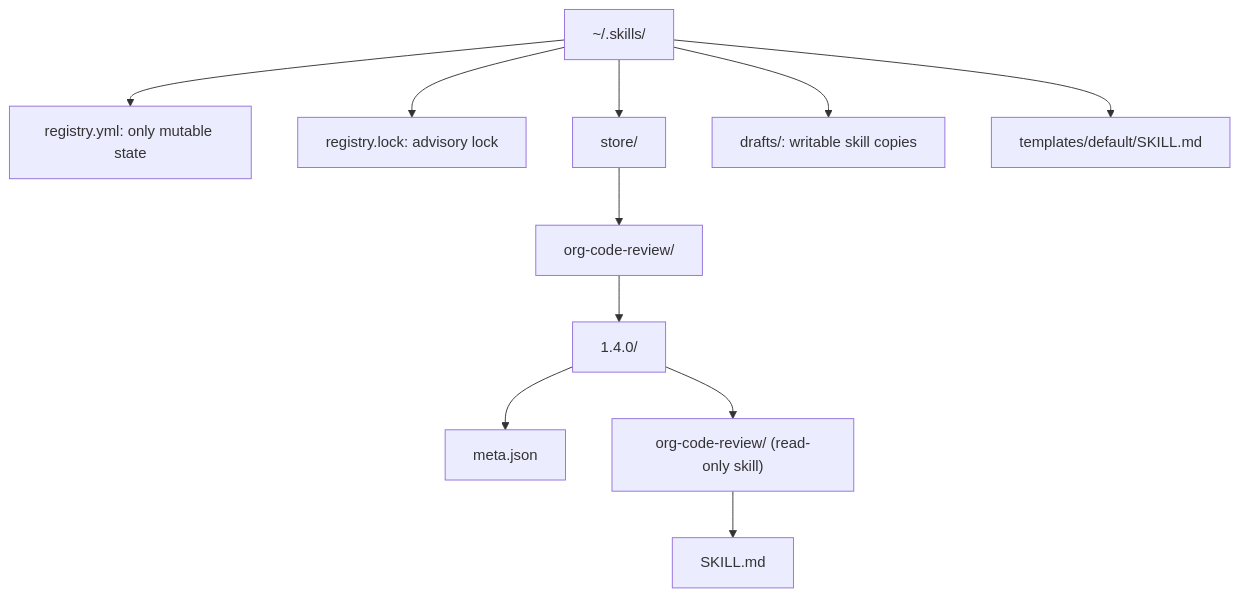
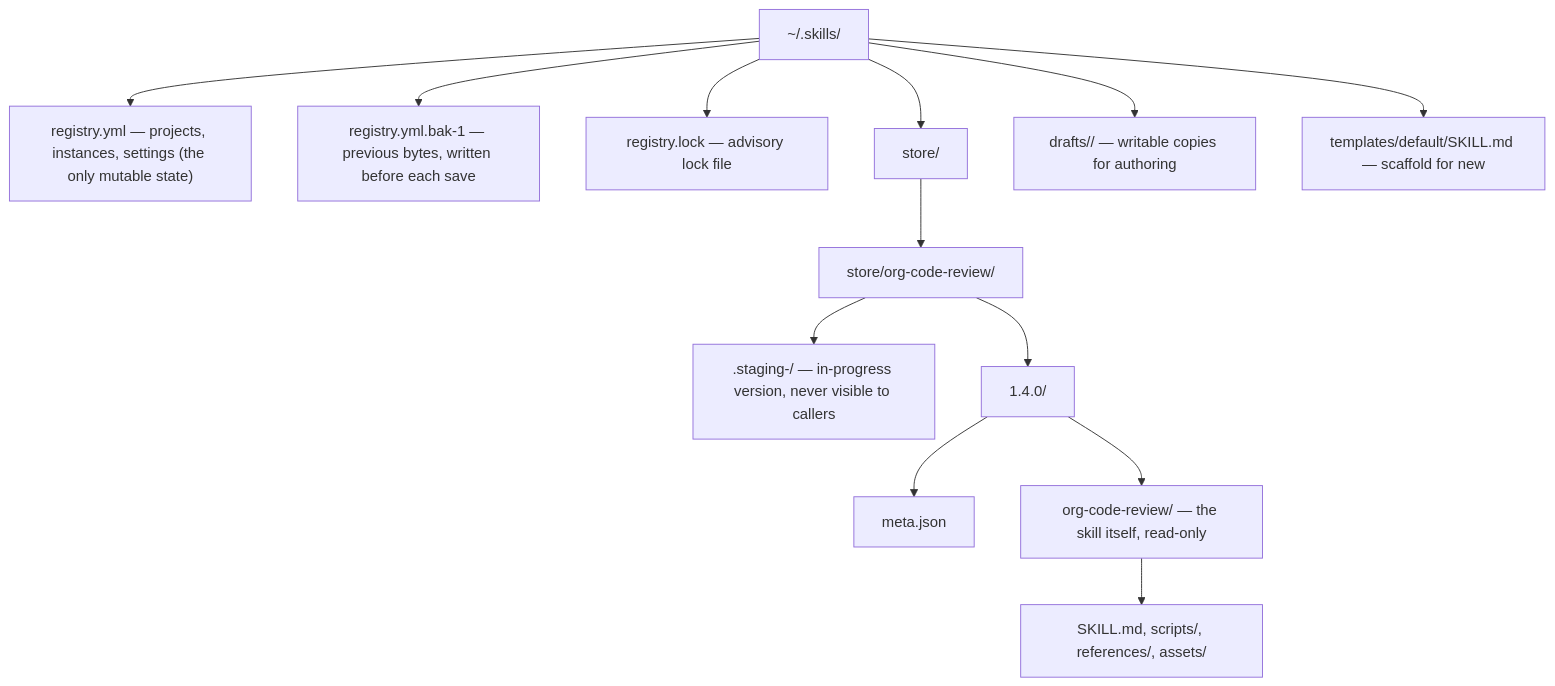
The first of 4 diagrams in wiki/Storage-and-Registry.md (abindran/skillctl), drawn with Mermaid before and after one commit. The commit also changed other lines of this file and 8 other files, not shown here.

First line of the commit message:
Add README and restrict wiki to technical architecture

````diff
--- a/wiki/Storage-and-Registry.md
+++ b/wiki/Storage-and-Registry.md
@@ -7,13 +7,15 @@
 ```mermaid
 flowchart TD
-    H["~/.skills/"] --> R[registry.yml: only mutable state]
-    H --> L[registry.lock: advisory lock]
-    H --> S[store/]
-    H --> D[drafts/: writable skill copies]
-    H --> T[templates/default/SKILL.md]
-    S --> N["org-code-review/"]
+    H["~/.skills/"] --> R["registry.yml — projects, instances, settings (the only mutable state)"]
+    H --> B["registry.yml.bak-1 — previous bytes, written before each save"]
+    H --> L["registry.lock — advisory lock file"]
+    H --> S["store/"]
+    H --> D["drafts/<skill>/ — writable copies for authoring"]
+    H --> T["templates/default/SKILL.md — scaffold for new"]
+    S --> N["store/org-code-review/"]
+    N --> ST[".staging-<random>/ — in-progress version, never visible to callers"]
     N --> V["1.4.0/"]
-    V --> M[meta.json]
-    V --> K["org-code-review/ (read-only skill)"]
-    K --> SM[SKILL.md]
+    V --> M["meta.json"]
+    V --> K["org-code-review/ — the skill itself, read-only"]
+    K --> SM["SKILL.md, scripts/, references/, assets/"]
 ```
````
